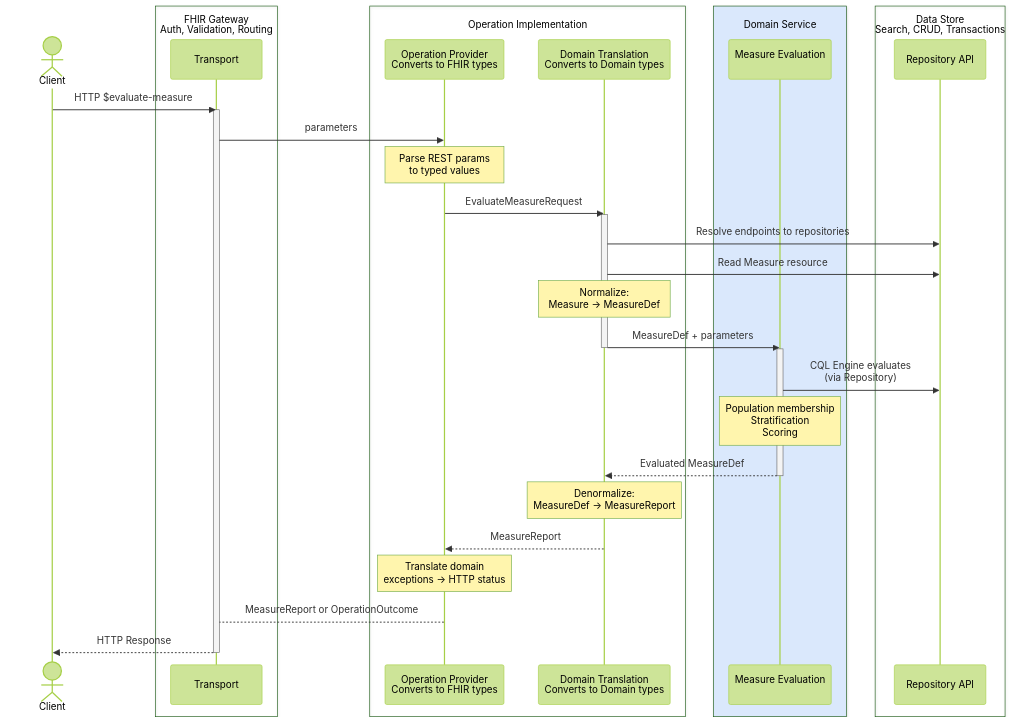
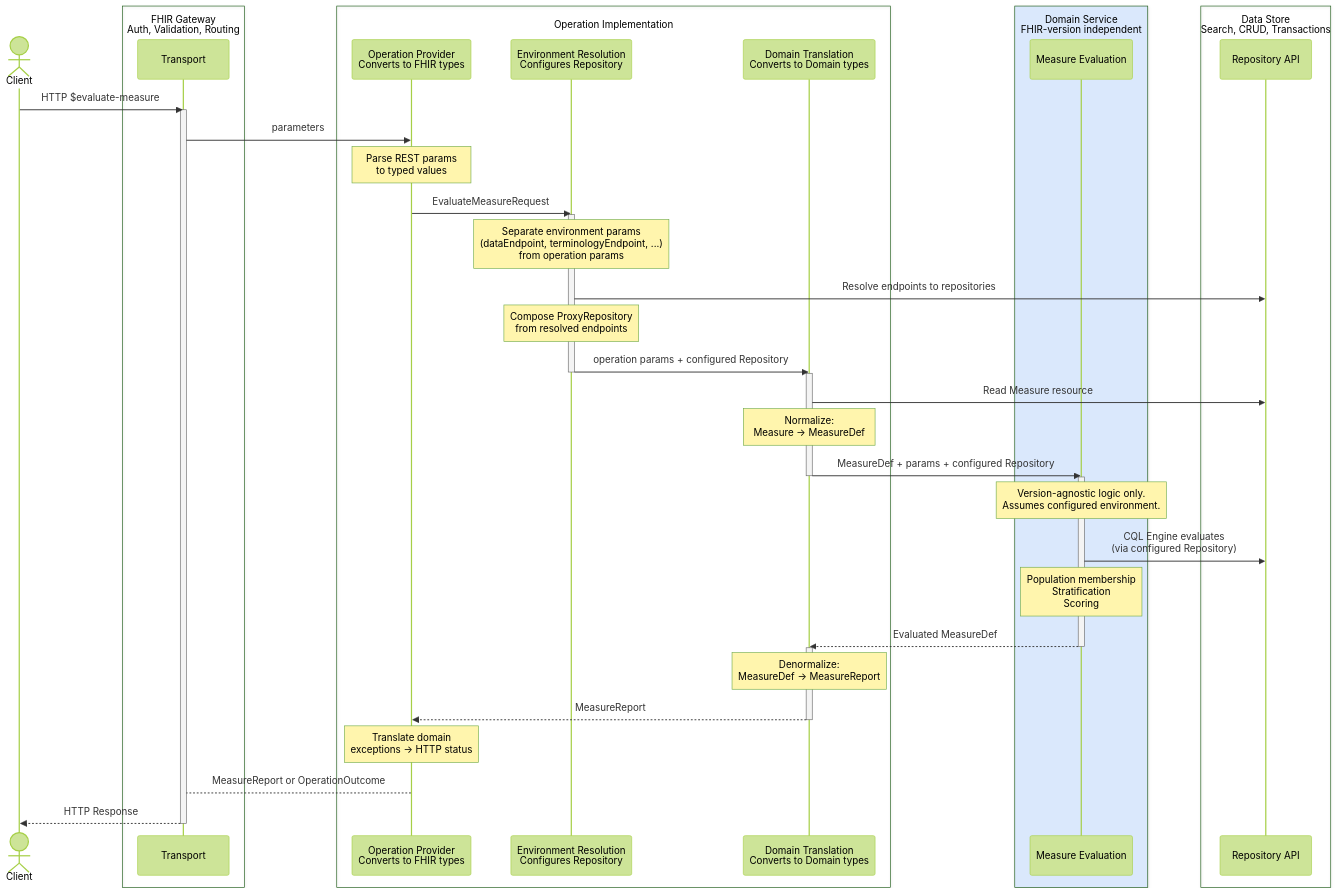
Before and after one commit to cqframework/clinical-reasoning: the sixth of 6 diagrams in docs/src/doc/docs/developer-guide.md, drawn with Mermaid (forest theme). The commit also changed other lines of this file and 2 other files, not shown here.

````diff
--- a/docs/src/doc/docs/developer-guide.md
+++ b/docs/src/doc/docs/developer-guide.md
@@ -211,44 +230,54 @@
 ```mermaid
 sequenceDiagram
     actor Client
     box FHIR Gateway<br/>Auth, Validation, Routing
     participant Transport
     end
     box Operation Implementation
     participant OpProvider as Operation Provider<br/>Converts to FHIR types
+    participant EnvConfig as Environment Resolution<br/>Configures Repository
     participant FHIR as Domain Translation<br/>Converts to Domain types
     end
-    box rgb(218,232,252) Domain Service
-    participant Domain as Measure Evaluation<br/>
+    box rgb(218,232,252) Domain Service<br/>FHIR-version independent
+    participant Domain as Measure Evaluation
     end
     box Data Store<br/>Search, CRUD, Transactions
     participant Repo as Repository API
     end
-    
+
     Client->>Transport: HTTP $evaluate-measure
     activate Transport
     Transport->>OpProvider: parameters
     Note over OpProvider: Parse REST params<br/>to typed values
-    
-    OpProvider->>FHIR: EvaluateMeasureRequest
+
+    OpProvider->>EnvConfig: EvaluateMeasureRequest
+    activate EnvConfig
+    Note over EnvConfig: Separate environment params<br/>(dataEndpoint, terminologyEndpoint, ...)<br/>from operation params
+    EnvConfig->>Repo: Resolve endpoints to repositories
+    Note over EnvConfig: Compose ProxyRepository<br/>from resolved endpoints
+    EnvConfig->>FHIR: operation params + configured Repository
+    deactivate EnvConfig
+
     activate FHIR
-    FHIR->>Repo: Resolve endpoints to repositories
     FHIR->>Repo: Read Measure resource
     Note over FHIR: Normalize:<br/>Measure → MeasureDef
-    FHIR->>Domain: MeasureDef + parameters
+    FHIR->>Domain: MeasureDef + params + configured Repository
     deactivate FHIR
-    
+
     activate Domain
-    Domain->>Repo: CQL Engine evaluates<br/>(via Repository)
+    Note over Domain: Version-agnostic logic only.<br/>Assumes configured environment.
+    Domain->>Repo: CQL Engine evaluates<br/>(via configured Repository)
     Note over Domain: Population membership<br/>Stratification<br/>Scoring
     Domain-->>FHIR: Evaluated MeasureDef
     deactivate Domain
-    
+
+    activate FHIR
     Note over FHIR: Denormalize:<br/>MeasureDef → MeasureReport
     FHIR-->>OpProvider: MeasureReport
-    
+    deactivate FHIR
+
     Note over OpProvider: Translate domain<br/>exceptions → HTTP status
     OpProvider-->Transport: MeasureReport or OperationOutcome
     Transport-->>Client: HTTP Response
     deactivate Transport
 ```
````
